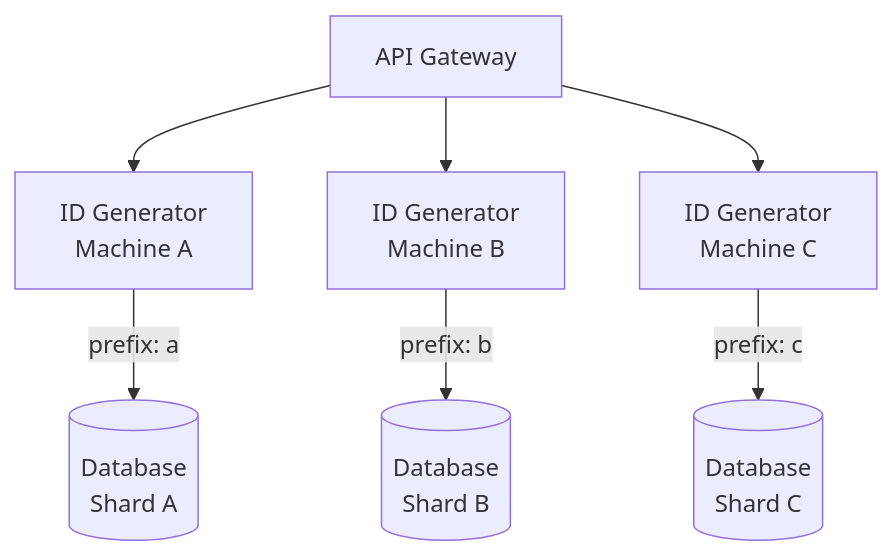
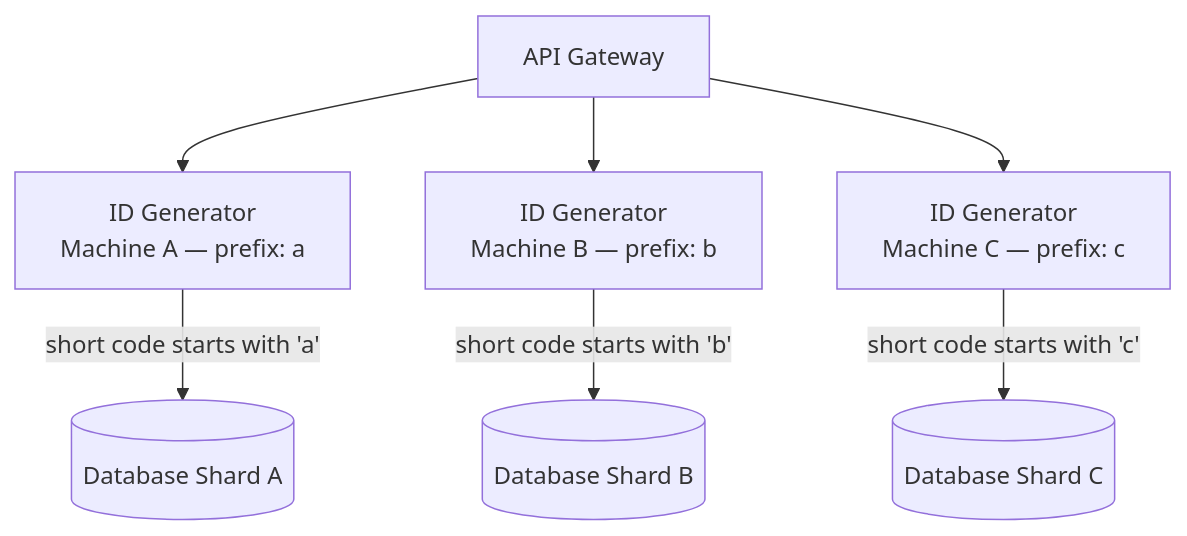
The fifth of 6 diagrams in SYSTEM_DESIGN/URL_SHORTNER.md (gajwala/DSA-Topic-wise), drawn with Mermaid before and after one commit. The commit also changed other lines of this file, not shown here.

````diff
--- a/SYSTEM_DESIGN/URL_SHORTNER.md
+++ b/SYSTEM_DESIGN/URL_SHORTNER.md
@@ -175,10 +161,9 @@
 ```mermaid
 flowchart TD
-    GW[API Gateway] --> ID_A[ID Generator\nMachine A]
-    GW --> ID_B[ID Generator\nMachine B]
-    GW --> ID_C[ID Generator\nMachine C]
-
-    ID_A -- prefix: a --> DB_A[(Database\nShard A)]
-    ID_B -- prefix: b --> DB_B[(Database\nShard B)]
-    ID_C -- prefix: c --> DB_C[(Database\nShard C)]
+    GW[API Gateway] --> ID_A[ID Generator\nMachine A — prefix: a]
+    GW --> ID_B[ID Generator\nMachine B — prefix: b]
+    GW --> ID_C[ID Generator\nMachine C — prefix: c]
+    ID_A -->|short code starts with 'a'| DB_A[(Database Shard A)]
+    ID_B -->|short code starts with 'b'| DB_B[(Database Shard B)]
+    ID_C -->|short code starts with 'c'| DB_C[(Database Shard C)]
 ```
````
